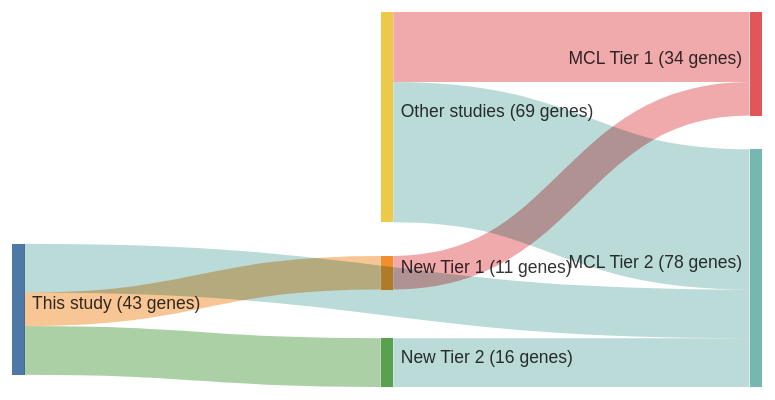
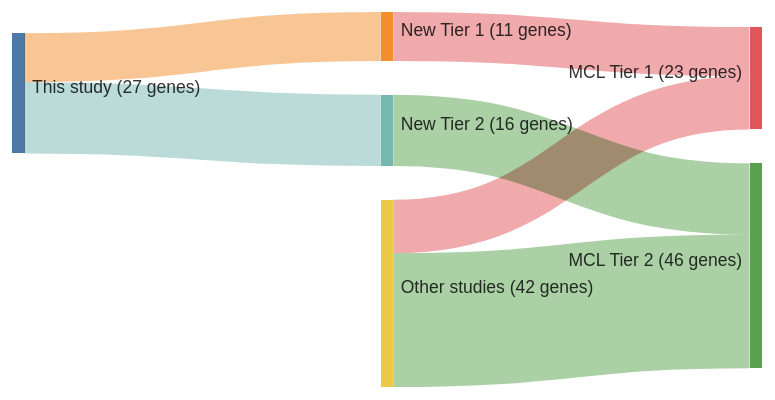
The diagram in papers/beaLandscapeSomaticMutations2013.md (morinlab/lymphopedia), drawn with Mermaid before and after one commit. The commit also changed 81 other files, not shown here.

````diff
--- a/papers/beaLandscapeSomaticMutations2013.md
+++ b/papers/beaLandscapeSomaticMutations2013.md
@@ -12,21 +12,20 @@
 ```mermaid
 ---
 config:
     sankey:
         showValues: true
         linkColor: target
         width: 600
         height: 300
         nodeAlignment: right
         prefix: '('
         suffix: ' genes)'
 ---
 sankey-beta
 This study, New Tier 1, 11
 New Tier 1, MCL Tier 1, 11
-This study, MCL Tier 2, 16
 This study, New Tier 2, 16
 New Tier 2, MCL Tier 2, 16
-Other studies, MCL Tier 1, 23
-Other studies, MCL Tier 2, 46
+Other studies, MCL Tier 1, 12
+Other studies, MCL Tier 2, 30
 ```
````
